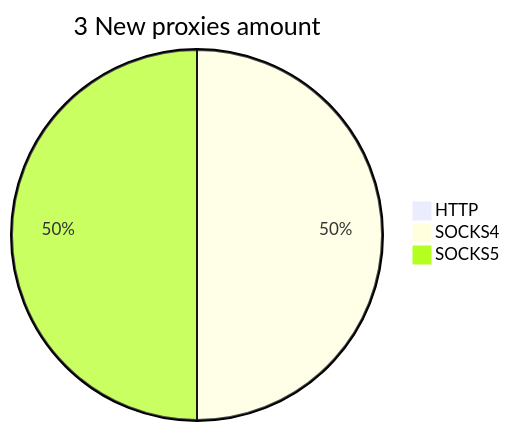
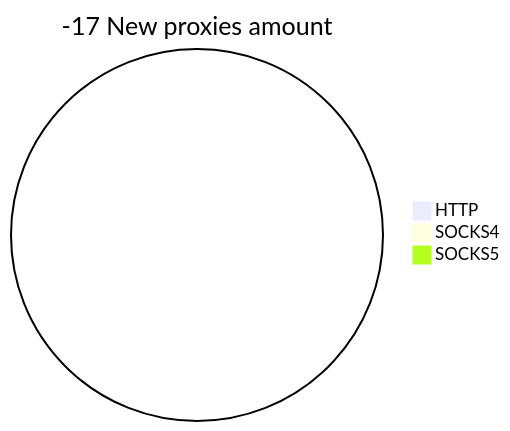
Before and after one commit to cutipu/proxylist: the second of 2 diagrams in README.md, drawn with Mermaid. The commit also changed other lines of this file, not shown here.

````diff
--- a/README.md
+++ b/README.md
@@ -10,6 +10,6 @@
 ```mermaid
-pie title 3 New proxies amount
+pie title -17 New proxies amount
     "HTTP" : 0
-    "SOCKS4" : 2
-    "SOCKS5" : 2
+    "SOCKS4" : 0
+    "SOCKS5" : 0
 ```
````
